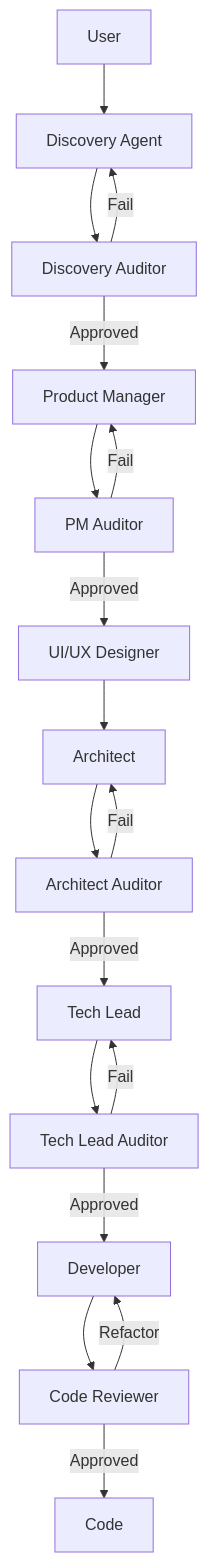
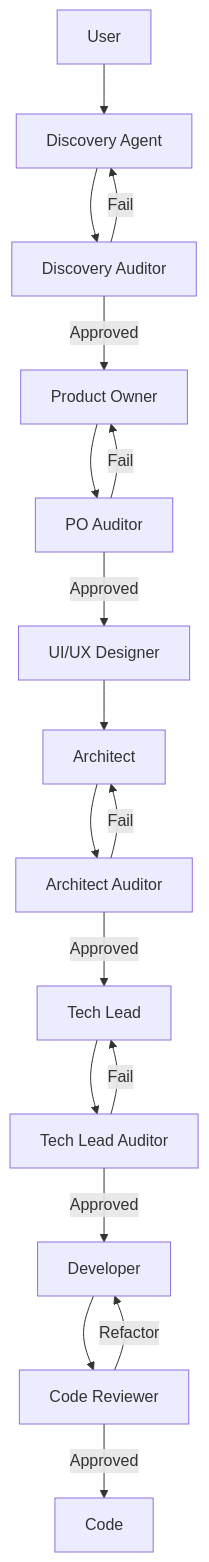
One commit to lucas-martino/ai-augmented-development-agents changed the diagram in README.md. Above: the diagram before and after it, drawn with Mermaid. The commit also changed other lines of this file and 14 other files, not shown here.

````diff
--- a/README.md
+++ b/README.md
@@ -11,24 +9,24 @@
 ```mermaid
 graph TD
     User[User] --> Discovery[Discovery Agent]
     Discovery --> DiscoveryAudit[Discovery Auditor]
     DiscoveryAudit -- "Fail" --> Discovery
-    DiscoveryAudit -- "Approved" --> PM[Product Manager]
+    DiscoveryAudit -- "Approved" --> PO[Product Owner]
 
-    PM --> PMAudit[PM Auditor]
-    PMAudit -- "Fail" --> PM
-    PMAudit -- "Approved" --> UX[UI/UX Designer]
+    PO --> POAudit[PO Auditor]
+    POAudit -- "Fail" --> PO
+    POAudit -- "Approved" --> UX[UI/UX Designer]
 
     UX --> Arch[Architect]
     Arch --> ArchAudit[Architect Auditor]
     ArchAudit -- "Fail" --> Arch
     ArchAudit -- "Approved" --> TL[Tech Lead]
 
     TL --> TLAudit[Tech Lead Auditor]
     TLAudit -- "Fail" --> TL
     TLAudit -- "Approved" --> Dev[Developer]
 
     Dev --> Review[Code Reviewer]
     Review -- "Refactor" --> Dev
     Review -- "Approved" --> Final[Code]
 ```
````
